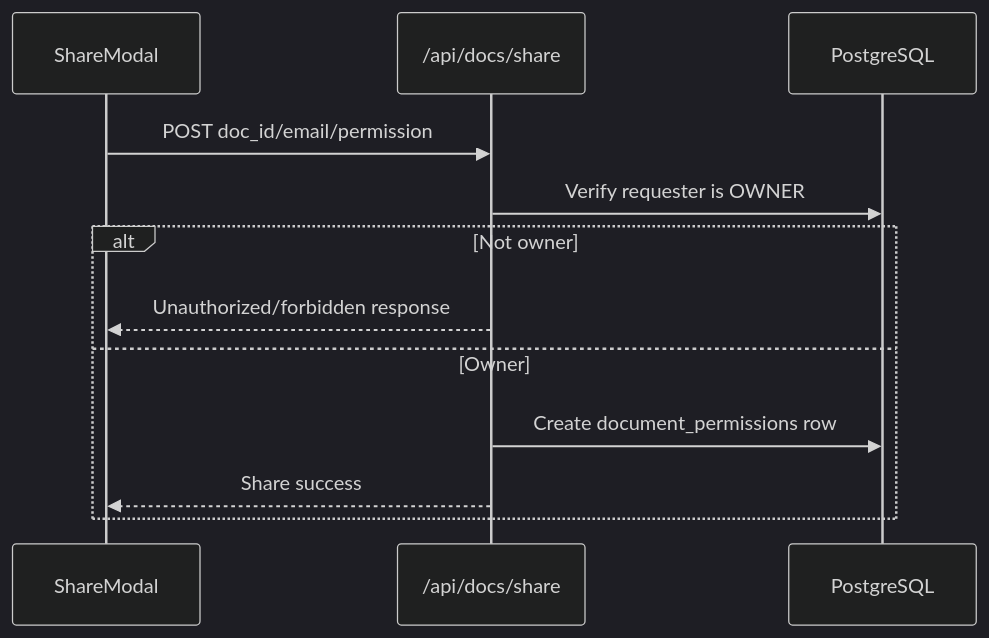
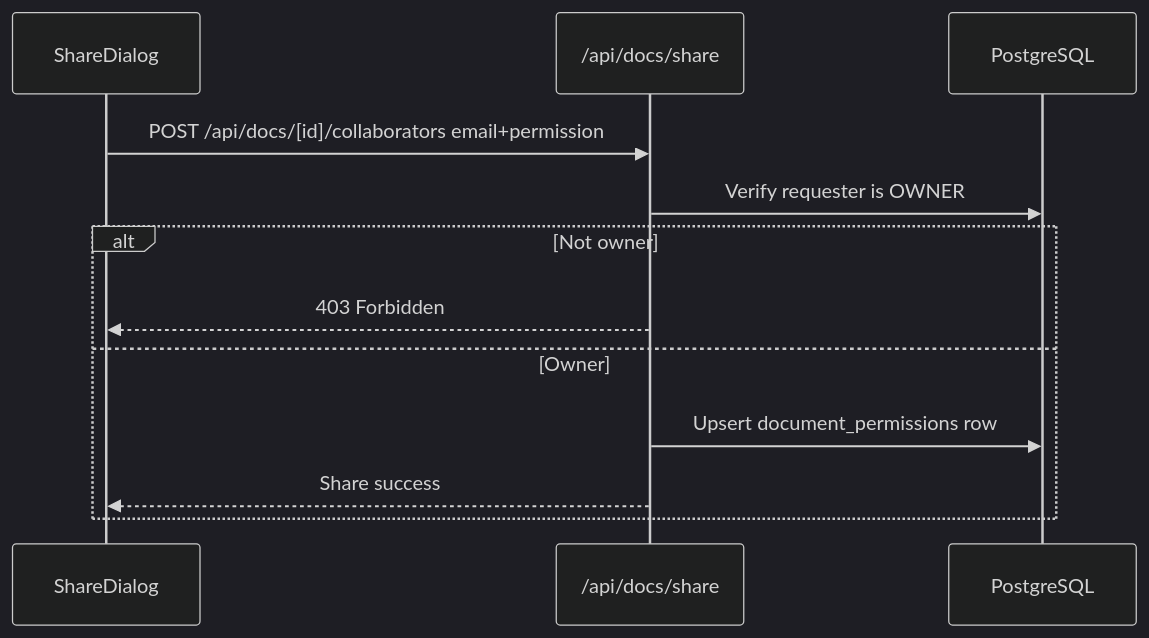
One commit to Namansingh3264/NexusEditor changed the seventh of 9 diagrams in README.md. Above: the diagram before and after it, drawn with Mermaid (dark theme). The commit also changed other lines of this file and 12 other files, not shown here.

````diff
--- a/README.md
+++ b/README.md
@@ -276,15 +298,15 @@
 ```mermaid
 sequenceDiagram
-    participant UI as ShareModal
+    participant UI as ShareDialog
     participant API as /api/docs/share
     participant DB as PostgreSQL
 
-    UI->>API: POST doc_id/email/permission
+    UI->>API: POST /api/docs/[id]/collaborators email+permission
     API->>DB: Verify requester is OWNER
     alt Not owner
-        API-->>UI: Unauthorized/forbidden response
+        API-->>UI: 403 Forbidden
     else Owner
-        API->>DB: Create document_permissions row
+        API->>DB: Upsert document_permissions row
         API-->>UI: Share success
     end
 ```
````
